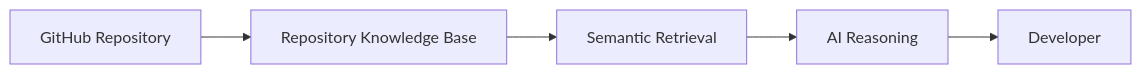
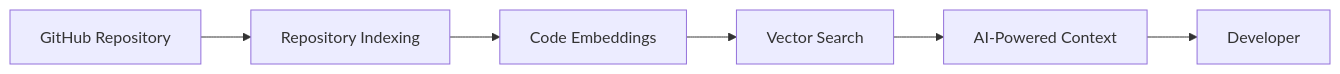
Before and after one commit to MishraRoushankumar/RepoBeacon: the first of 2 diagrams in README.md, drawn with Mermaid. The commit also changed other lines of this file and 6 other files, not shown here.

Commit message:
feat: enhance README and documentation with architecture, authentication, data model, and indexing details

````diff
--- a/README.md
+++ b/README.md
@@ -98,13 +58,8 @@
 ```mermaid
 flowchart LR
-    A[GitHub Repository]
-    B[Repository Knowledge Base]
-    C[Semantic Retrieval]
-    D[AI Reasoning]
-    E[Developer]
-
-    A --> B
-    B --> C
-    C --> D
-    D --> E
+    A[GitHub Repository] --> B[Repository Indexing]
+    B --> C[Code Embeddings]
+    C --> D[Vector Search]
+    D --> E[AI-Powered Context]
+    E --> F[Developer]
 ```
````
